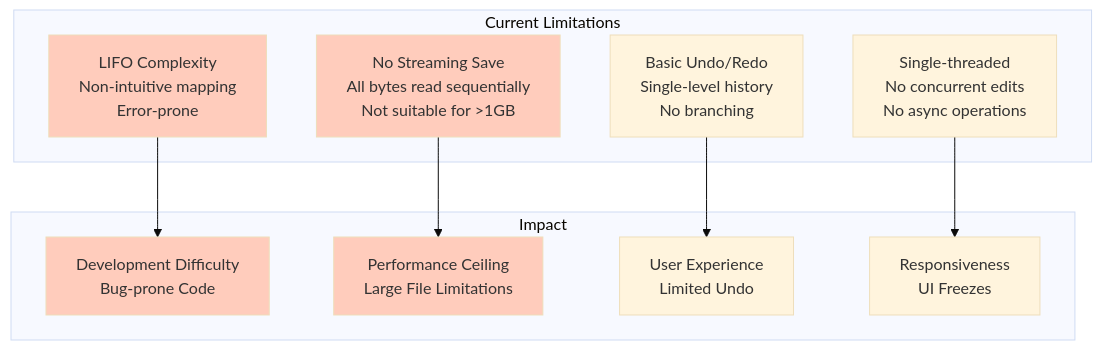
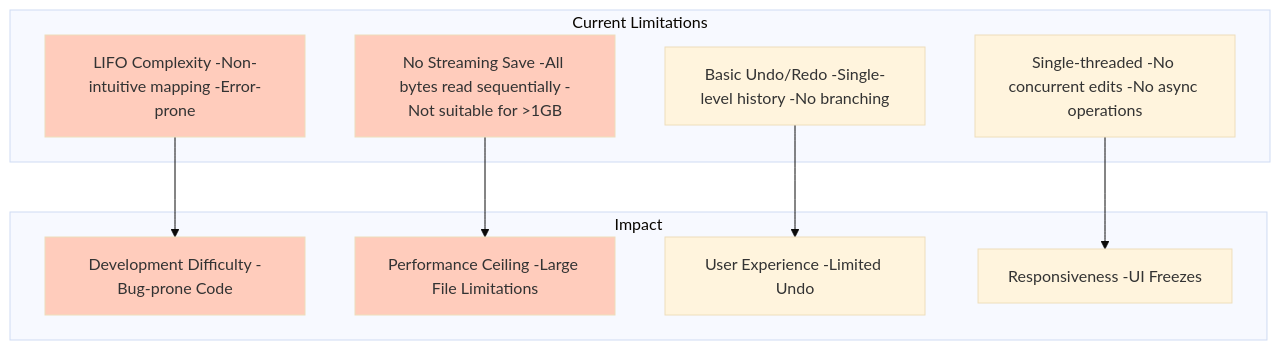
Before and after one commit to myd7349/WpfHexEditorControl: diagram 22 of 24 in ARCHITECTURE_V2.md, drawn with Mermaid (base theme). The commit also changed other lines of this file, not shown here.

First line of the commit message:
Fix all remaining Mermaid diagram br tags for GitHub compatibility

````diff
--- a/ARCHITECTURE_V2.md
+++ b/ARCHITECTURE_V2.md
@@ -1587,26 +1587,26 @@
 ```mermaid
 graph TB
     subgraph "Current Limitations"
-        L1["LIFO Complexity<br/>Non-intuitive mapping<br/>Error-prone"]
-        L2["No Streaming Save<br/>All bytes read sequentially<br/>Not suitable for >1GB"]
-        L3["Basic Undo/Redo<br/>Single-level history<br/>No branching"]
-        L4["Single-threaded<br/>No concurrent edits<br/>No async operations"]
+        L1["LIFO Complexity -Non-intuitive mapping -Error-prone"]
+        L2["No Streaming Save -All bytes read sequentially -Not suitable for >1GB"]
+        L3["Basic Undo/Redo -Single-level history -No branching"]
+        L4["Single-threaded -No concurrent edits -No async operations"]
     end
 
     subgraph "Impact"
-        I1["Development Difficulty<br/>Bug-prone Code"]
-        I2["Performance Ceiling<br/>Large File Limitations"]
-        I3["User Experience<br/>Limited Undo"]
-        I4["Responsiveness<br/>UI Freezes"]
+        I1["Development Difficulty -Bug-prone Code"]
+        I2["Performance Ceiling -Large File Limitations"]
+        I3["User Experience -Limited Undo"]
+        I4["Responsiveness -UI Freezes"]
     end
 
     L1 --> I1
     L2 --> I2
     L3 --> I3
     L4 --> I4
 
     style L1 fill:#ffccbc
     style L2 fill:#ffccbc
     style I1 fill:#ffccbc
     style I2 fill:#ffccbc
 ```
````
